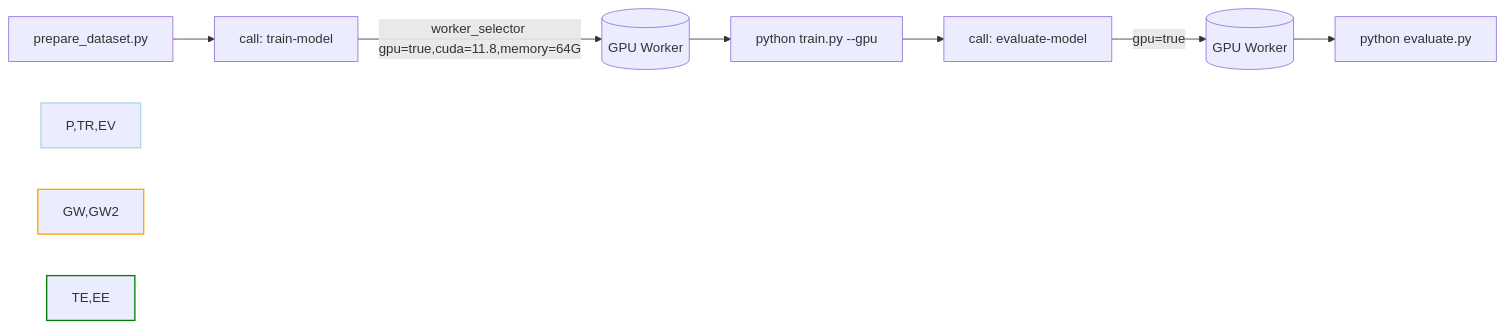
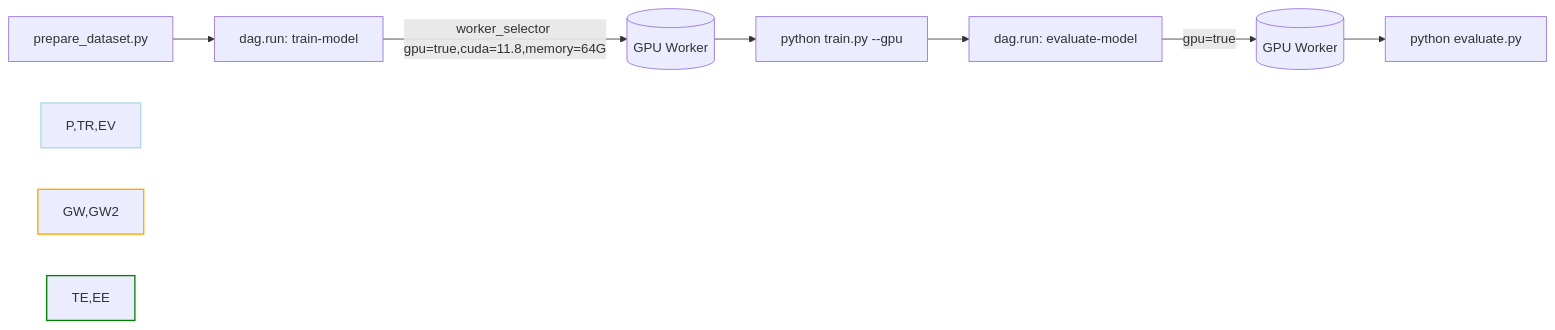
One commit to dagucloud/docs changed diagram 15 of 21 in writing-workflows/examples.md. Above: the diagram before and after it, drawn with Mermaid. The commit also changed other lines of this file and 88 other files, not shown here.

Commit message:
docs: update action schema references

````diff
--- a/writing-workflows/examples.md
+++ b/writing-workflows/examples.md
@@ -584,12 +598,12 @@
 ```mermaid
 flowchart LR
-  P[prepare_dataset.py] --> TR[call: train-model]
+  P[prepare_dataset.py] --> TR["dag.run: train-model"]
   TR --> |worker_selector gpu=true,cuda=11.8,memory=64G| GW[(GPU Worker)]
   GW --> TE[python train.py --gpu]
-  TE --> EV[call: evaluate-model]
+  TE --> EV["dag.run: evaluate-model"]
   EV --> |gpu=true| GW2[(GPU Worker)]
   GW2 --> EE[python evaluate.py]
   style P,TR,EV stroke:lightblue,stroke-width:1.6px,color:#333
   style GW,GW2 stroke:orange,stroke-width:1.6px,color:#333
   style TE,EE stroke:green,stroke-width:1.6px,color:#333
 ```
````
